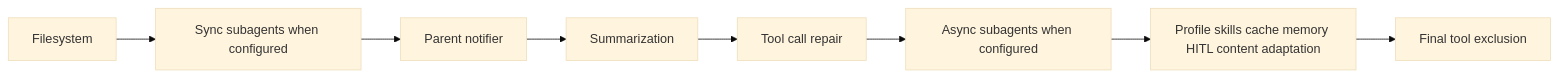
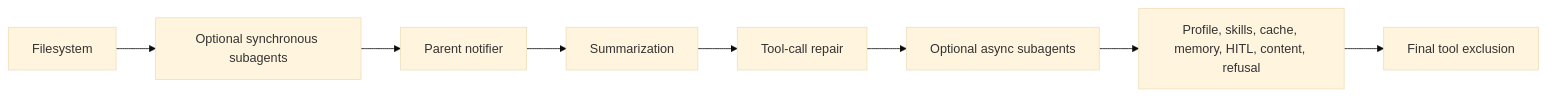
One commit to langchain-ai/deepagents changed the first of 2 diagrams in openwiki/concepts/middleware-catalog.md. Above: the diagram before and after it, drawn with Mermaid (base theme). The commit also changed other lines of this file and 44 other files, not shown here.

````diff
--- a/openwiki/concepts/middleware-catalog.md
+++ b/openwiki/concepts/middleware-catalog.md
@@ -63,10 +34,10 @@
 ```mermaid
 flowchart LR
-    Fs["Filesystem"] --> Sync["Sync subagents when configured"]
-    Sync --> Notify["Parent notifier"]
-    Notify --> Summary["Summarization"]
-    Summary --> Repair["Tool call repair"]
-    Repair --> Async["Async subagents when configured"]
-    Async --> Tail["Profile skills cache memory HITL content adaptation"]
-    Tail --> Exclude["Final tool exclusion"]
+    FS["Filesystem"] --> SA["Optional synchronous subagents"]
+    SA --> PN["Parent notifier"]
+    PN --> SM["Summarization"]
+    SM --> PT["Tool-call repair"]
+    PT --> ASA["Optional async subagents"]
+    ASA --> Tail["Profile, skills, cache, memory, HITL, content, refusal"]
+    Tail --> TE["Final tool exclusion"]
 ```
````
